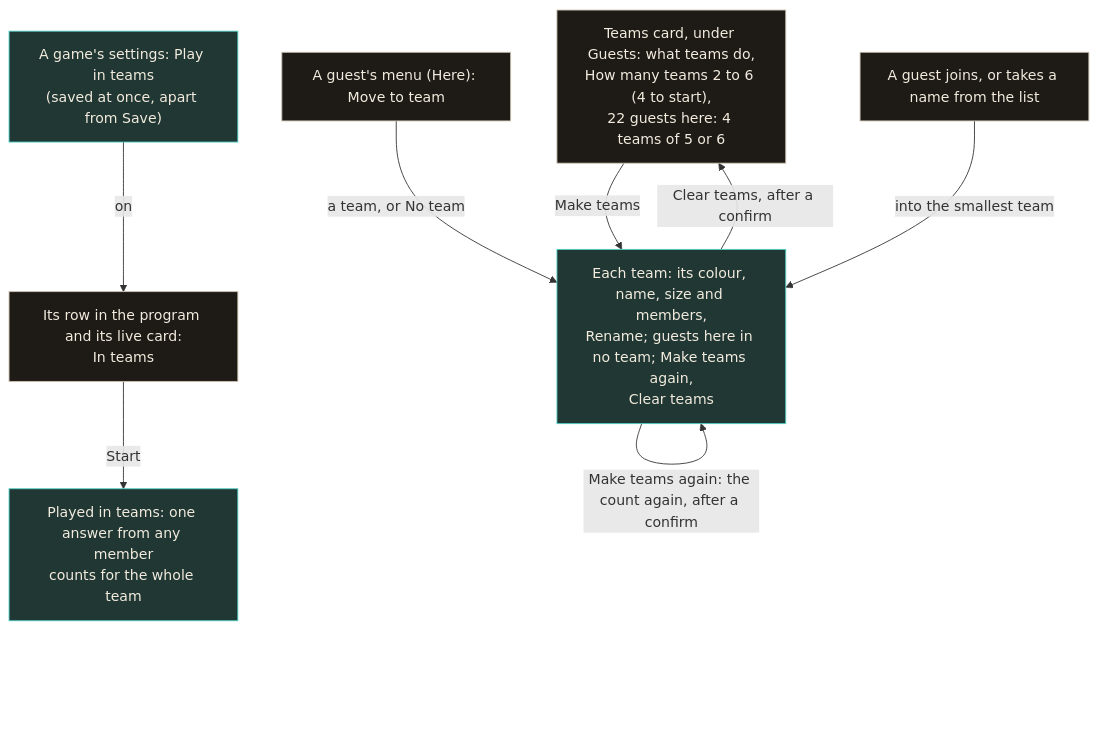
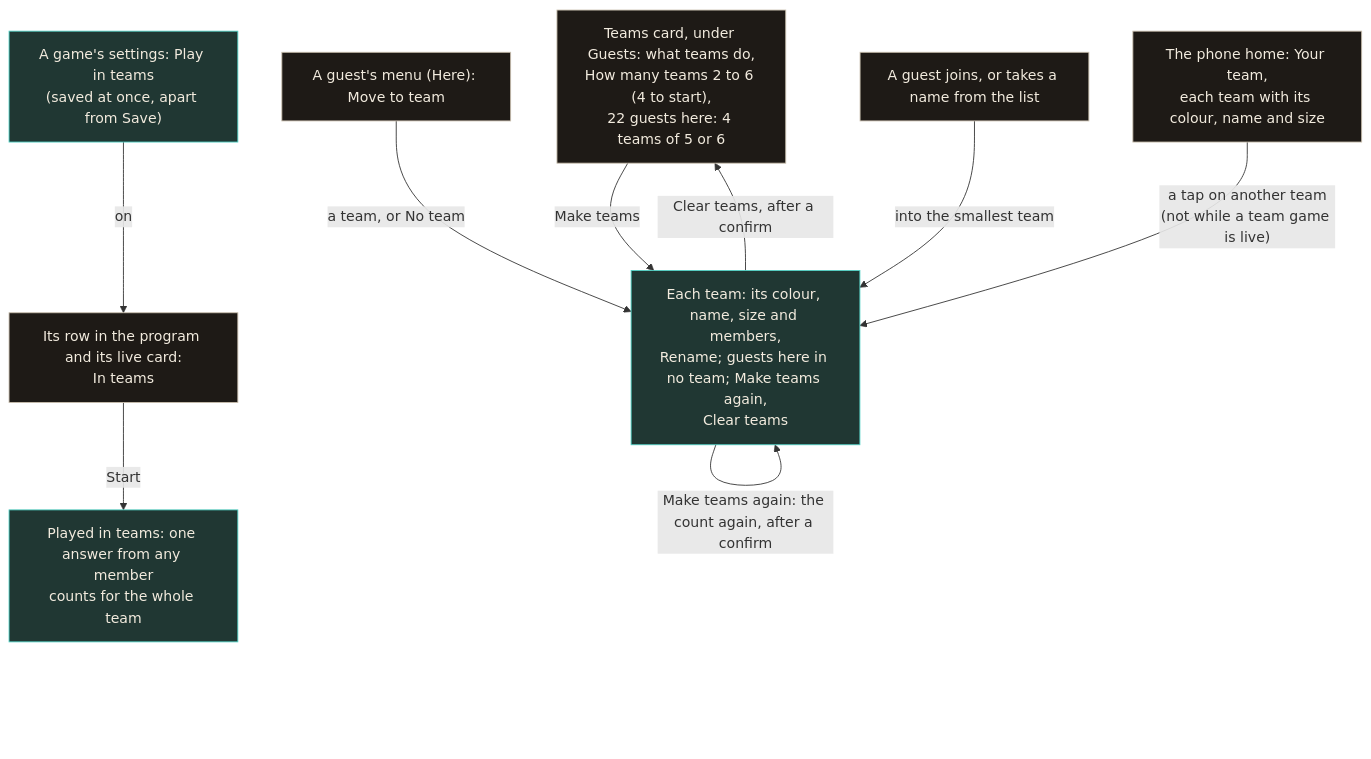
Diagram 13 of 17 in docs/user-flows.md (NicolaiLassen/hurra), drawn with Mermaid before and after one commit. The commit also changed other lines of this file and 1 other file, not shown here.

Commit message:
The docs say guests pick their own team, and list choose_team with its refusals

````diff
--- a/docs/user-flows.md
+++ b/docs/user-flows.md
@@ -565,14 +565,15 @@
 ```mermaid
 flowchart TD
   classDef screen fill:#1e1a16,stroke:#c9bfae,color:#f2ebde
   classDef closed fill:#203733,stroke:#4fd1c5,color:#f2ebde
 
   NONE["Teams card, under Guests: what teams do,<br/>How many teams 2 to 6 (4 to start),<br/>22 guests here: 4 teams of 5 or 6"]:::screen -- "Make teams" --> TEAMS
   TEAMS["Each team: its colour, name, size and members,<br/>Rename; guests here in no team; Make teams again,<br/>Clear teams"]:::closed
   TEAMS -- "Make teams again: the count again, after a confirm" --> TEAMS
   TEAMS -- "Clear teams, after a confirm" --> NONE
   ROW["A guest's menu (Here): Move to team"]:::screen -- "a team, or No team" --> TEAMS
   LATE["A guest joins, or takes a name from the list"]:::screen -- "into the smallest team" --> TEAMS
+  PICK["The phone home: Your team,<br/>each team with its colour, name and size"]:::screen -- "a tap on another team<br/>(not while a team game is live)" --> TEAMS
   SET["A game's settings: Play in teams<br/>(saved at once, apart from Save)"]:::closed -- "on" --> CHIP["Its row in the program and its live card:<br/>In teams"]:::screen
   CHIP -- "Start" --> PLAY["Played in teams: one answer from any member<br/>counts for the whole team"]:::closed
 ```
````
